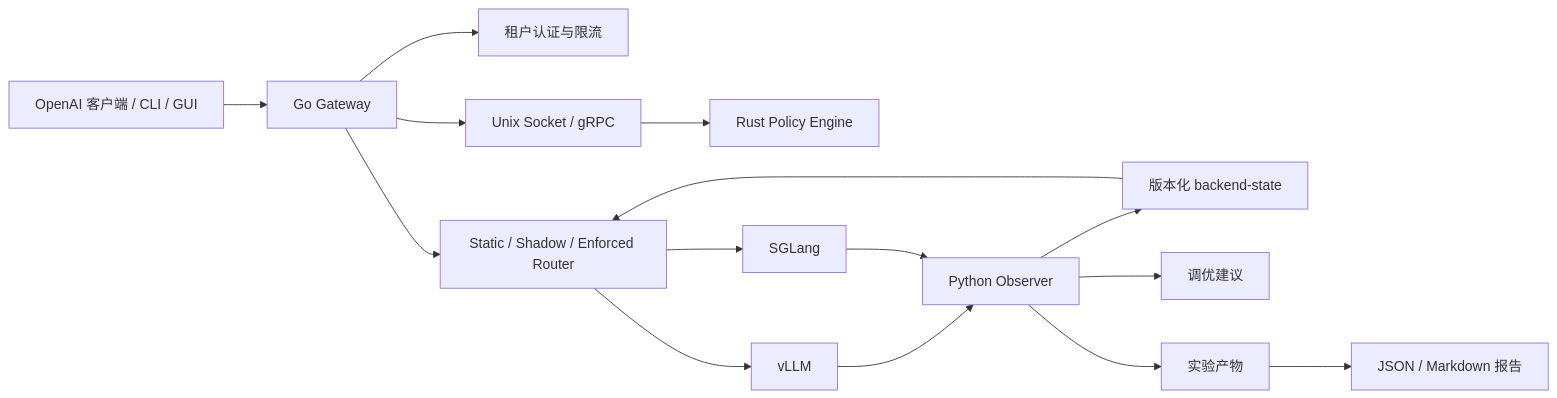
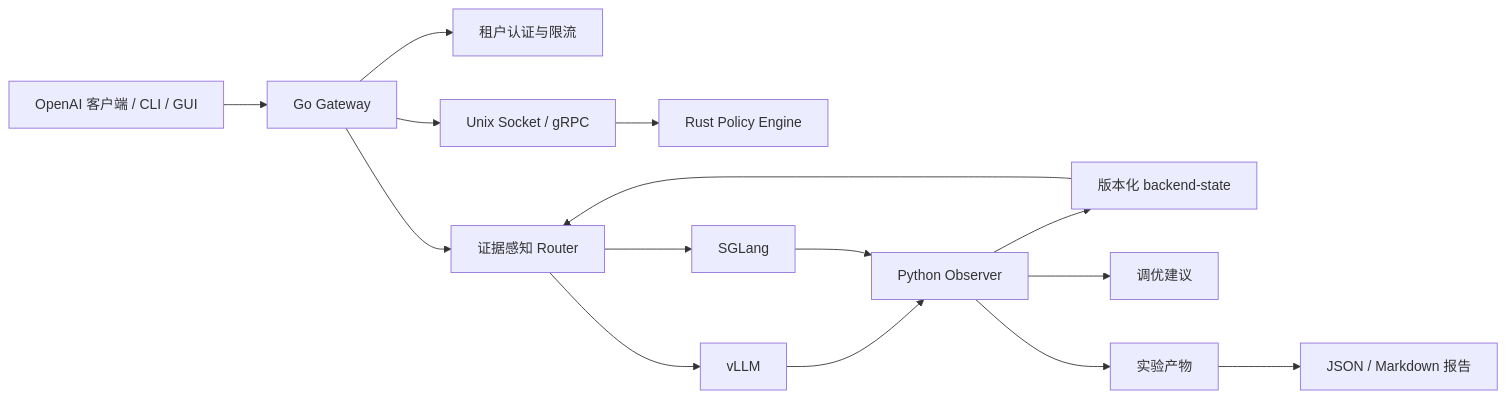
Before and after one commit to BokaiGuo/Kavora: the diagram in README.zh-CN.md, drawn with Mermaid. The commit also changed other lines of this file and 30 other files, not shown here.

````diff
--- a/README.zh-CN.md
+++ b/README.zh-CN.md
@@ -37,17 +37,17 @@
 ```mermaid
 flowchart LR
     Client[OpenAI 客户端 / CLI / GUI] --> Gateway[Go Gateway]
     Gateway --> Tenant[租户认证与限流]
     Gateway --> RPC[Unix Socket / gRPC]
     RPC --> Policy[Rust Policy Engine]
-    Gateway --> Router[Static / Shadow / Enforced Router]
+    Gateway --> Router[证据感知 Router]
     Router --> VLLM[vLLM]
     Router --> SGLang[SGLang]
     VLLM --> Observer[Python Observer]
     SGLang --> Observer
     Observer --> State[版本化 backend-state]
     State --> Router
     Observer --> Advice[调优建议]
     Observer --> Artifacts[实验产物]
     Artifacts --> Report[JSON / Markdown 报告]
 ```
````
